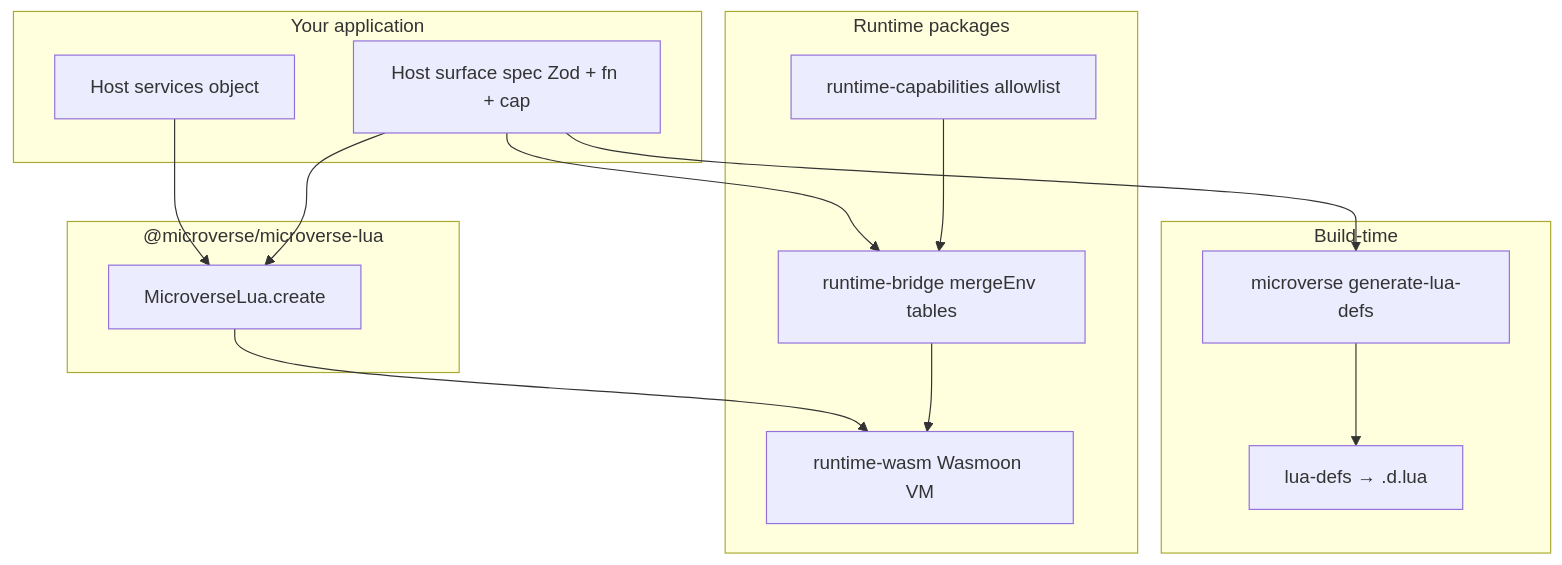
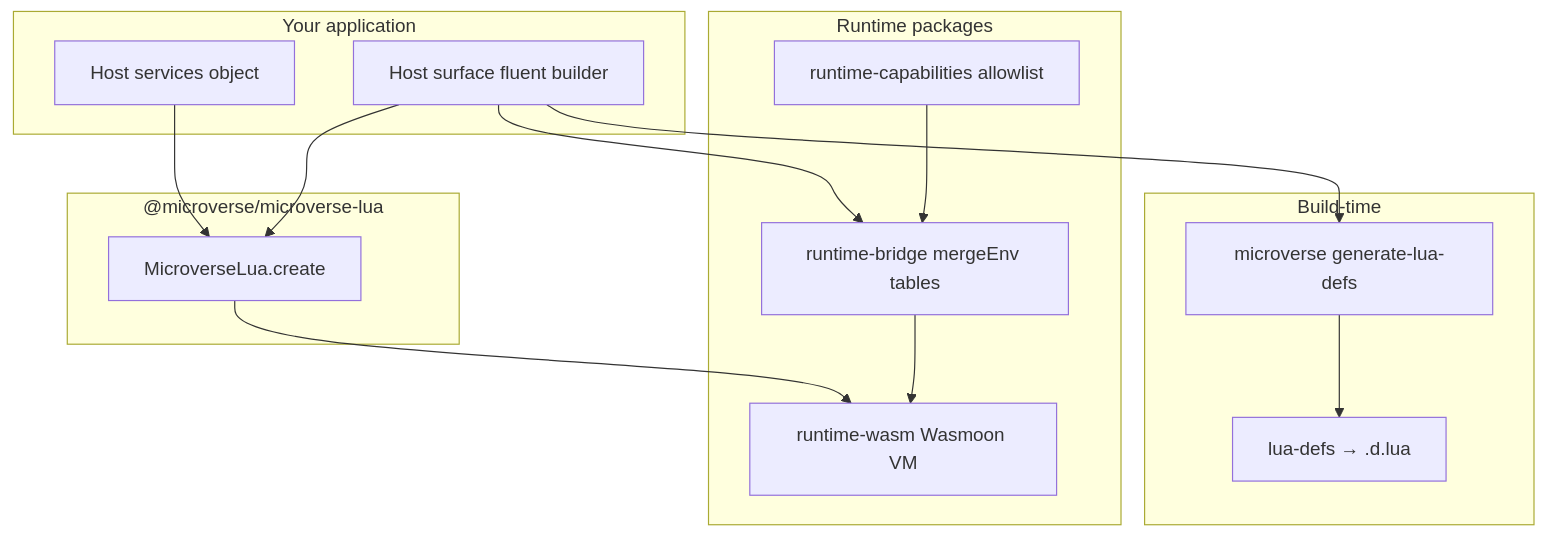
The diagram in README.md (QADRAX/Microverse.ts), drawn with Mermaid before and after one commit. The commit also changed other lines of this file and 29 other files, not shown here.

````diff
--- a/README.md
+++ b/README.md
@@ -19,31 +19,31 @@
 ```mermaid
 flowchart TB
   subgraph app [Your application]
     Host[Host services object]
-    Surface[Host surface spec Zod + fn + cap]
+    Surface[Host surface fluent builder]
   end
 
   subgraph facade ["@microverse/microverse-lua"]
     ML[MicroverseLua.create]
   end
 
   subgraph runtime [Runtime packages]
     WASM[runtime-wasm Wasmoon VM]
     Bridge[runtime-bridge mergeEnv tables]
     Cap[runtime-capabilities allowlist]
   end
 
   subgraph build [Build-time]
     CLI[microverse generate-lua-defs]
     Defs[lua-defs → .d.lua]
   end
 
   Host --> ML
   Surface --> ML
   ML --> WASM
   Surface --> Bridge
   Bridge --> WASM
   Cap --> Bridge
   Surface --> CLI
   CLI --> Defs
 ```
````
